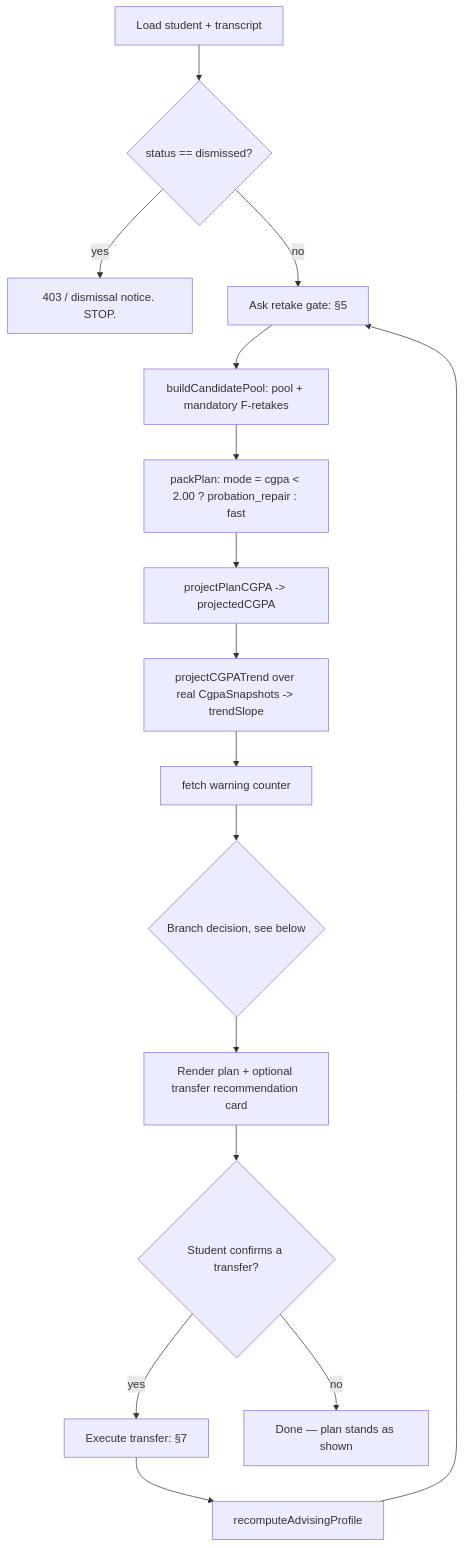
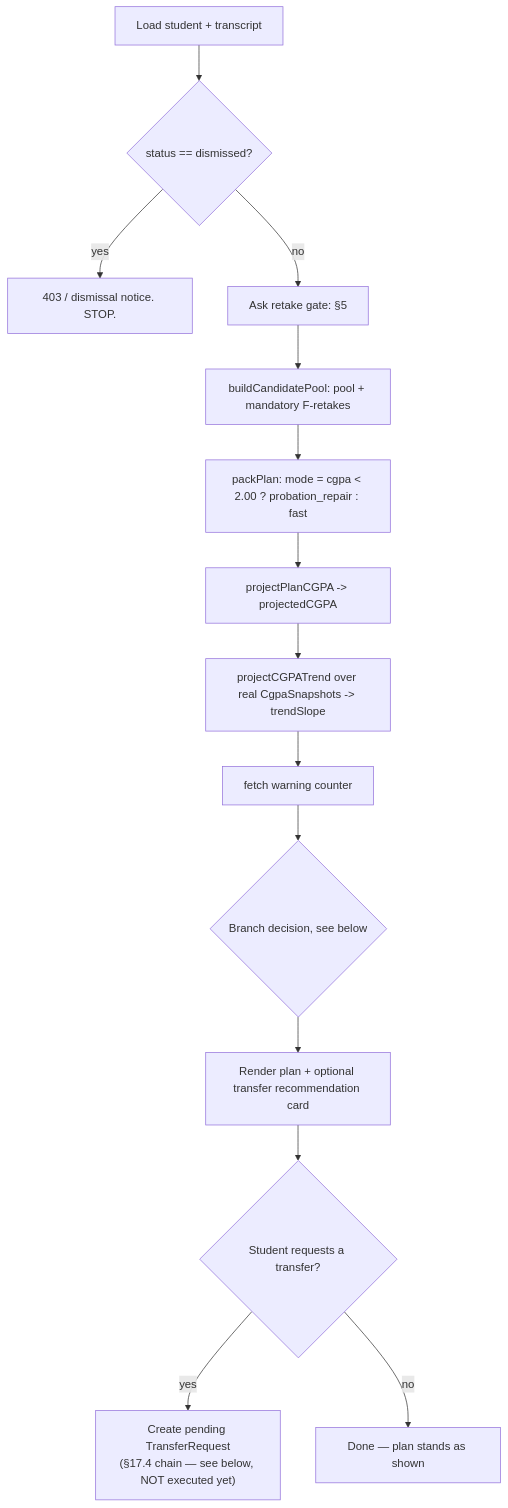
Before and after one commit to 5636mohamed/academic-advisor: the first of 3 diagrams in docs/DECISION_TREE.md, drawn with Mermaid. The commit also changed other lines of this file and 23 other files, not shown here.

````diff
--- a/docs/DECISION_TREE.md
+++ b/docs/DECISION_TREE.md
@@ -12,16 +12,16 @@
 ```mermaid
 flowchart TD
     A[Load student + transcript] --> B{status == dismissed?}
     B -- yes --> B1[403 / dismissal notice. STOP.]
     B -- no --> C[Ask retake gate: §5]
     C --> D[buildCandidatePool: pool + mandatory F-retakes]
     D --> E[packPlan: mode = cgpa < 2.00 ? probation_repair : fast]
     E --> F[projectPlanCGPA -> projectedCGPA]
     F --> G[projectCGPATrend over real CgpaSnapshots -> trendSlope]
     G --> H[fetch warning counter]
     H --> I{Branch decision, see below}
     I --> J[Render plan + optional transfer recommendation card]
-    J --> K{Student confirms a transfer?}
-    K -- yes --> L[Execute transfer: §7] --> M[recomputeAdvisingProfile] --> C
+    J --> K{Student requests a transfer?}
+    K -- yes --> L["Create pending TransferRequest\n(§17.4 chain — see below, NOT executed yet)"]
     K -- no --> N[Done — plan stands as shown]
 ```
````
